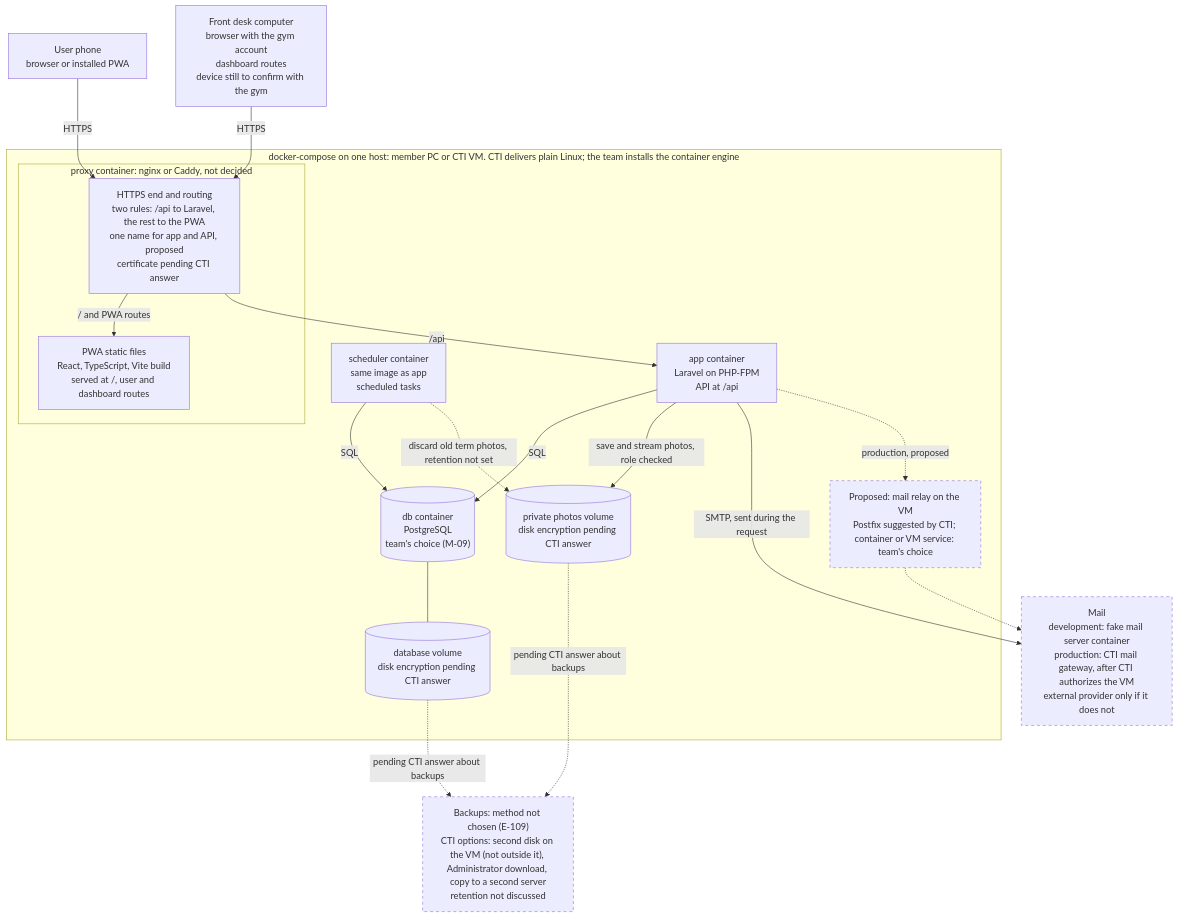
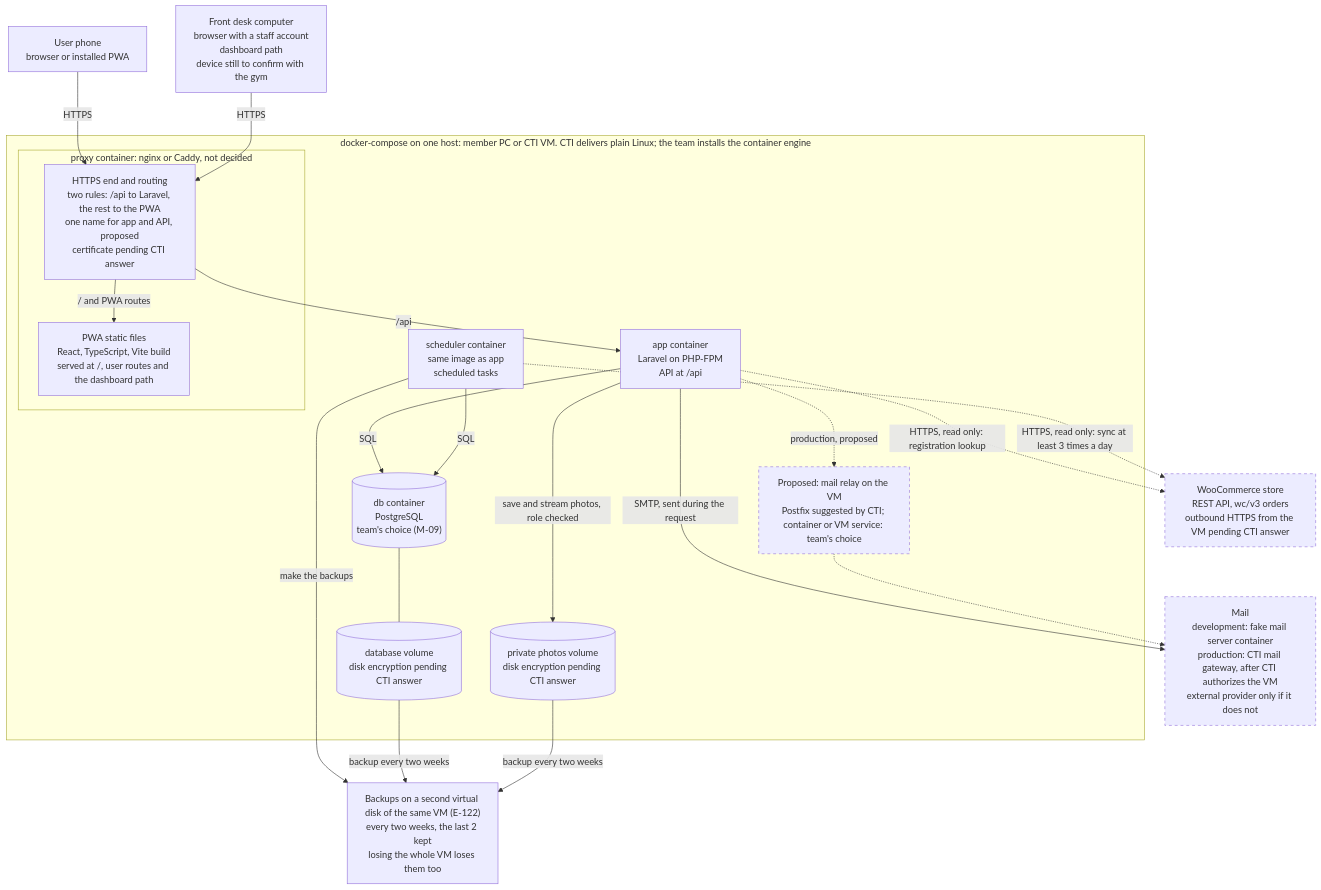
The second of 5 diagrams in docs/design/architecture.md (Th3-Minorities/natatorio-gym-app), drawn with Mermaid before and after one commit. The commit also changed other lines of this file and 8 other files, not shown here.

Commit message:
Update the SRS and design docs for personal staff accounts, check-out, one roster, store sync and the other meeting decisions

````diff
--- a/docs/design/architecture.md
+++ b/docs/design/architecture.md
@@ -61,39 +57,42 @@
 ```mermaid
 flowchart TD
   PH["User phone<br/>browser or installed PWA"]
-  FD["Front desk computer<br/>browser with the gym account<br/>dashboard routes<br/>device still to confirm with the gym"]
+  FD["Front desk computer<br/>browser with a staff account<br/>dashboard path<br/>device still to confirm with the gym"]
 
   subgraph HOST["docker-compose on one host: member PC or CTI VM. CTI delivers plain Linux; the team installs the container engine"]
     subgraph PXC["proxy container: nginx or Caddy, not decided"]
       PX["HTTPS end and routing<br/>two rules: /api to Laravel, the rest to the PWA<br/>one name for app and API, proposed<br/>certificate pending CTI answer"]
-      ST["PWA static files<br/>React, TypeScript, Vite build<br/>served at /, user and dashboard routes"]
+      ST["PWA static files<br/>React, TypeScript, Vite build<br/>served at /, user routes and the dashboard path"]
     end
     APP["app container<br/>Laravel on PHP-FPM<br/>API at /api"]
     SCH["scheduler container<br/>same image as app<br/>scheduled tasks"]
     RELAY["Proposed: mail relay on the VM<br/>Postfix suggested by CTI; container or VM service: team's choice"]
     DB[("db container<br/>PostgreSQL<br/>team's choice (M-09)")]
     DV[("database volume<br/>disk encryption pending CTI answer")]
     PV[("private photos volume<br/>disk encryption pending CTI answer")]
   end
 
+  STORE["WooCommerce store<br/>REST API, wc/v3 orders<br/>outbound HTTPS from the VM pending CTI answer"]
   MAIL["Mail<br/>development: fake mail server container<br/>production: CTI mail gateway, after CTI authorizes the VM<br/>external provider only if it does not"]
-  BK["Backups: method not chosen (E-109)<br/>CTI options: second disk on the VM (not outside it), Administrator download, copy to a second server<br/>retention not discussed"]
+  BK["Backups on a second virtual disk of the same VM (E-122)<br/>every two weeks, the last 2 kept<br/>losing the whole VM loses them too"]
 
   PH -->|"HTTPS"| PX
   FD -->|"HTTPS"| PX
   PX -->|"/ and PWA routes"| ST
   PX -->|"/api"| APP
   APP -->|"SQL"| DB
   DB --- DV
   APP -->|"save and stream photos, role checked"| PV
   SCH -->|"SQL"| DB
-  SCH -.->|"discard old term photos, retention not set"| PV
+  SCH -->|"make the backups"| BK
   APP -->|"SMTP, sent during the request"| MAIL
+  APP -.->|"HTTPS, read only: registration lookup"| STORE
+  SCH -.->|"HTTPS, read only: sync at least 3 times a day"| STORE
   APP -.->|"production, proposed"| RELAY
   RELAY -.-> MAIL
-  DV -.->|"pending CTI answer about backups"| BK
-  PV -.->|"pending CTI answer about backups"| BK
+  DV -->|"backup every two weeks"| BK
+  PV -->|"backup every two weeks"| BK
 
   classDef pending stroke-dasharray: 5 5
-  class MAIL,BK,RELAY pending
+  class MAIL,RELAY,STORE pending
 ```
````
